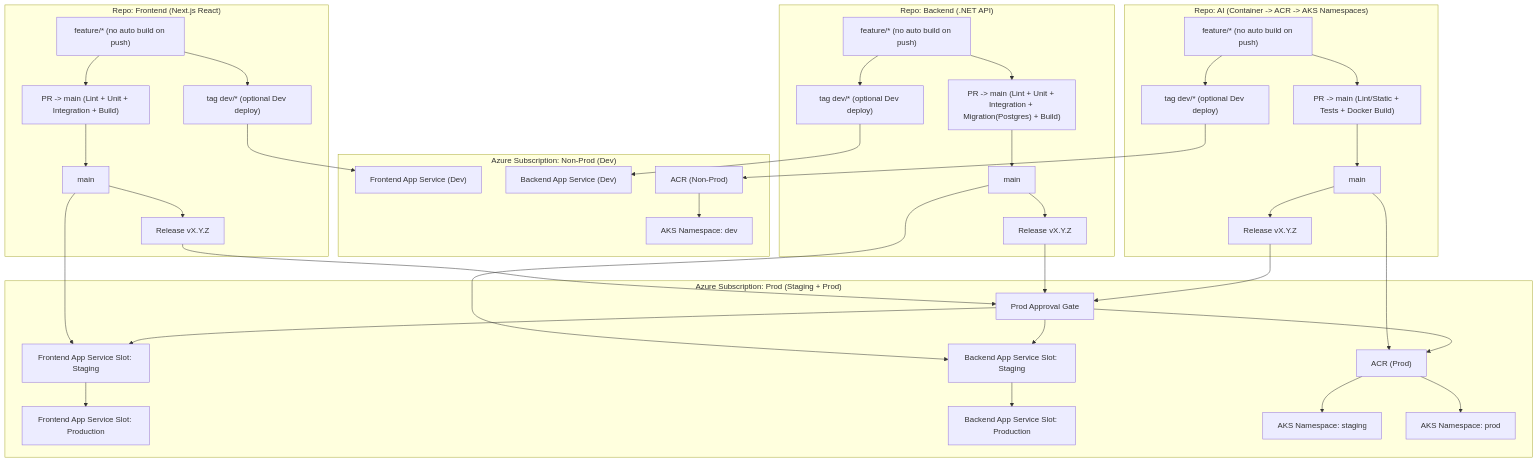
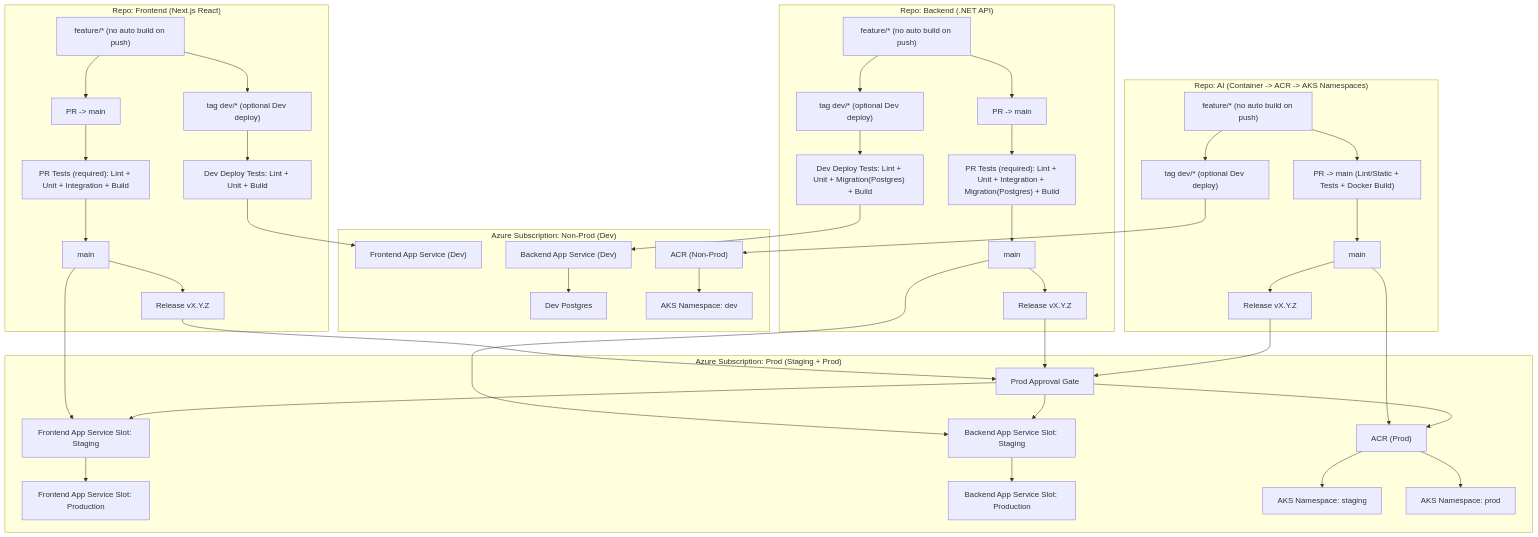
Before and after one commit to scottdeland/Azure-Landing-Zone-Automation: the diagram in landing-zones/app-aks/cicd-planning.md, drawn with Mermaid.

Commit message:
Updated to include testing for dev

````diff
--- a/landing-zones/app-aks/cicd-planning.md
+++ b/landing-zones/app-aks/cicd-planning.md
@@ -1,62 +1,71 @@
 ```mermaid
 graph TD
 
 subgraph NONPROD["Azure Subscription: Non-Prod (Dev)"]
   FE_DEV["Frontend App Service (Dev)"]
   BE_DEV["Backend App Service (Dev)"]
+  DEV_DB["Dev Postgres"]
   ACR_NP["ACR (Non-Prod)"]
   AKS_DEV["AKS Namespace: dev"]
 end
 
 subgraph PROD["Azure Subscription: Prod (Staging + Prod)"]
   FE_STG["Frontend App Service Slot: Staging"]
   FE_PRD["Frontend App Service Slot: Production"]
   BE_STG["Backend App Service Slot: Staging"]
   BE_PRD["Backend App Service Slot: Production"]
   ACR_P["ACR (Prod)"]
   AKS_STG["AKS Namespace: staging"]
   AKS_PRD["AKS Namespace: prod"]
   APPROVE["Prod Approval Gate"]
 end
 
 subgraph FE["Repo: Frontend (Next.js React)"]
   FE_FB["feature/* (no auto build on push)"]
   FE_TAG["tag dev/* (optional Dev deploy)"]
-  FE_PR["PR -> main (Lint + Unit + Integration + Build)"]
+  FE_DEV_TESTS["Dev Deploy Tests: Lint + Unit + Build"]
+  FE_PR["PR -> main"]
+  FE_PR_TESTS["PR Tests (required): Lint + Unit + Integration + Build"]
   FE_MAIN["main"]
   FE_REL["Release vX.Y.Z"]
 end
 
 subgraph BE["Repo: Backend (.NET API)"]
   BE_FB["feature/* (no auto build on push)"]
   BE_TAG["tag dev/* (optional Dev deploy)"]
-  BE_PR["PR -> main (Lint + Unit + Integration + Migration(Postgres) + Build)"]
+  BE_DEV_TESTS["Dev Deploy Tests: Lint + Unit + Migration(Postgres) + Build"]
+  BE_PR["PR -> main"]
+  BE_PR_TESTS["PR Tests (required): Lint + Unit + Integration + Migration(Postgres) + Build"]
   BE_MAIN["main"]
   BE_REL["Release vX.Y.Z"]
 end
 
 subgraph AI["Repo: AI (Container -> ACR -> AKS Namespaces)"]
   AI_FB["feature/* (no auto build on push)"]
   AI_TAG["tag dev/* (optional Dev deploy)"]
   AI_PR["PR -> main (Lint/Static + Tests + Docker Build)"]
   AI_MAIN["main"]
   AI_REL["Release vX.Y.Z"]
 end
 
-FE_FB --> FE_PR --> FE_MAIN
-FE_FB --> FE_TAG --> FE_DEV
+%% Frontend flows
+FE_FB --> FE_PR --> FE_PR_TESTS --> FE_MAIN
+FE_FB --> FE_TAG --> FE_DEV_TESTS --> FE_DEV
 FE_MAIN --> FE_STG
 FE_MAIN --> FE_REL --> APPROVE --> FE_STG
 FE_STG --> FE_PRD
 
-BE_FB --> BE_PR --> BE_MAIN
-BE_FB --> BE_TAG --> BE_DEV
+%% Backend flows
+BE_FB --> BE_PR --> BE_PR_TESTS --> BE_MAIN
+BE_FB --> BE_TAG --> BE_DEV_TESTS --> BE_DEV
+BE_DEV --> DEV_DB
 BE_MAIN --> BE_STG
 BE_MAIN --> BE_REL --> APPROVE --> BE_STG
 BE_STG --> BE_PRD
 
+%% AI flows (unchanged)
 AI_FB --> AI_PR --> AI_MAIN
 AI_FB --> AI_TAG --> ACR_NP --> AKS_DEV
 AI_MAIN --> ACR_P --> AKS_STG
 AI_MAIN --> AI_REL --> APPROVE --> ACR_P --> AKS_PRD
 ```
````
